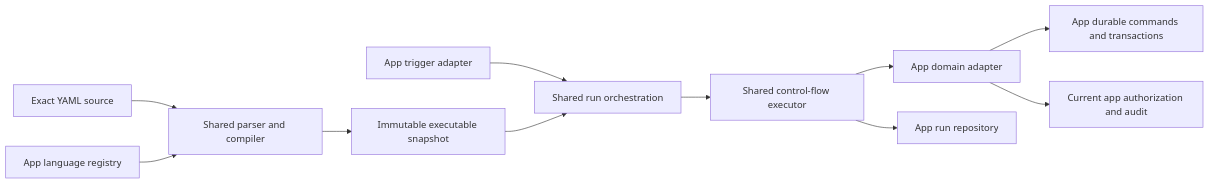
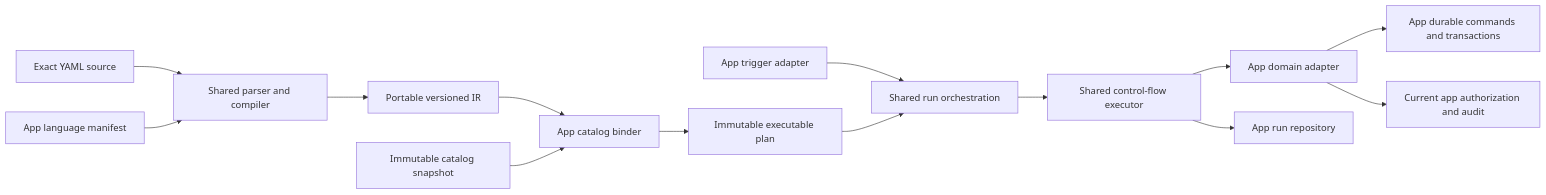
The diagram in docs/shared-workflow-kernel-design.md (ValentinKolb/cloud), drawn with Mermaid before and after one commit. The commit also changed other lines of this file and 21 other files, not shown here.

````diff
--- a/docs/shared-workflow-kernel-design.md
+++ b/docs/shared-workflow-kernel-design.md
@@ -210,13 +426,16 @@
 ```mermaid
 flowchart LR
   Source["Exact YAML source"] --> Compiler["Shared parser and compiler"]
-  Registry["App language registry"] --> Compiler
-  Compiler --> Snapshot["Immutable executable snapshot"]
+  Registry["App language manifest"] --> Compiler
+  Compiler --> IR["Portable versioned IR"]
+  IR --> Binder["App catalog binder"]
+  Catalog["Immutable catalog snapshot"] --> Binder
+  Binder --> Snapshot["Immutable executable plan"]
   Trigger["App trigger adapter"] --> Run["Shared run orchestration"]
   Snapshot --> Run
   Run --> Executor["Shared control-flow executor"]
   Executor --> Domain["App domain adapter"]
   Executor --> Repository["App run repository"]
   Domain --> Commands["App durable commands and transactions"]
   Domain --> Auth["Current app authorization and audit"]
 ```
````
